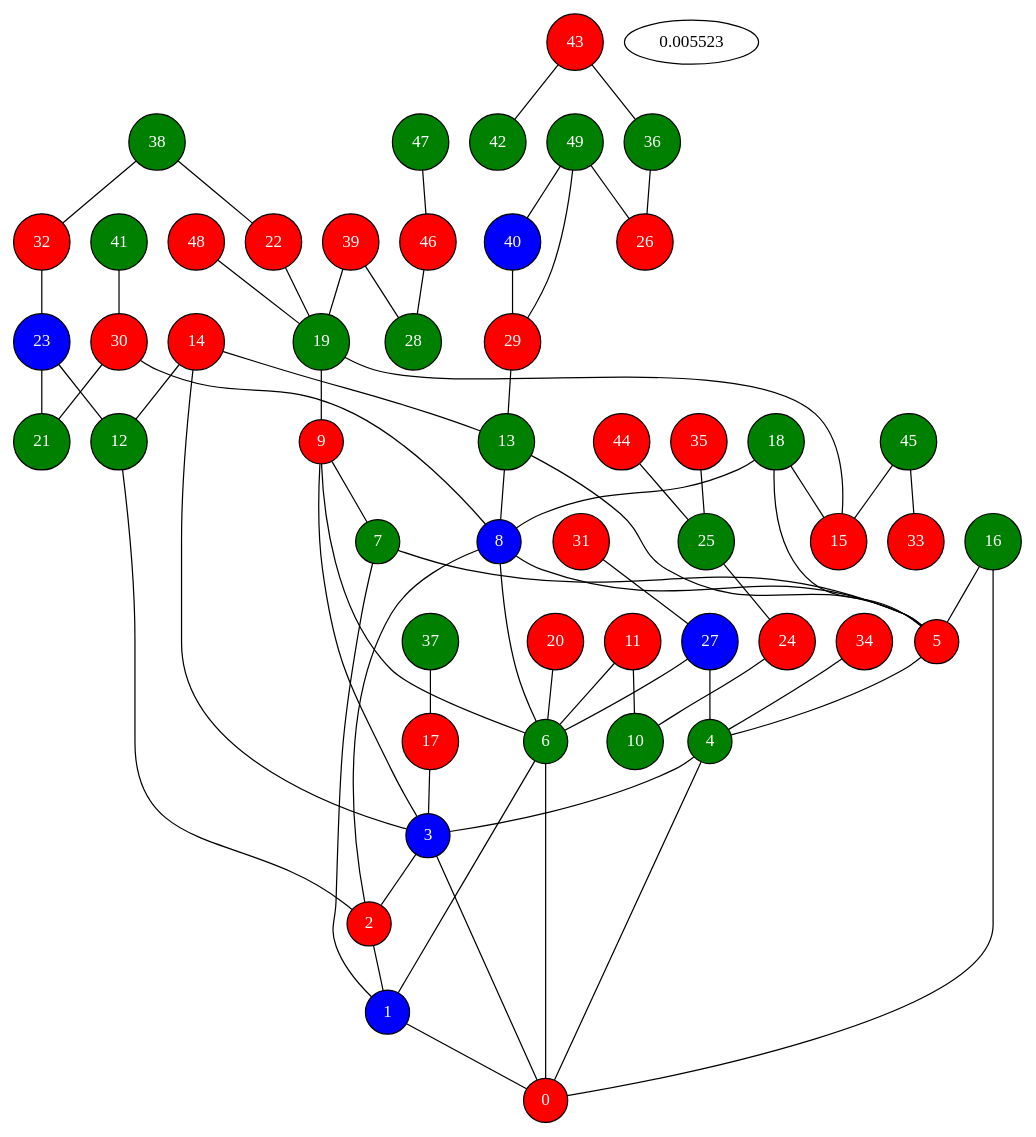
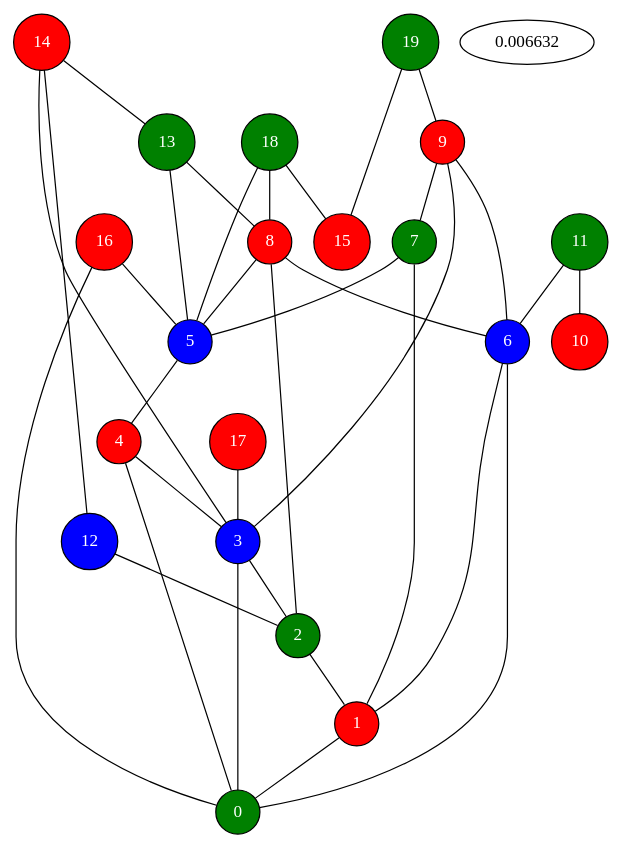
One commit to FelixOliver/Paralelos changed the diagram in coloringQT/build-ColoringGraph-Desktop_Qt_5_6_2_GCC_64bit-Debug/grafo.dot. Above: the diagram before and after it, drawn with Graphviz. The commit also changed 10 other files, not shown here.

```diff
--- a/coloringQT/build-ColoringGraph-Desktop_Qt_5_6_2_GCC_64bit-Debug/grafo.dot
+++ b/coloringQT/build-ColoringGraph-Desktop_Qt_5_6_2_GCC_64bit-Debug/grafo.dot
@@ -1,120 +1,56 @@
 strict graph A {
-0 [shape=circle,sides=4,distortion="0.0",orientation="0.0",skew ="0.0",fontcolor=white,style=filled,fillcolor=red] ;
-1 [shape=circle,sides=4,distortion="0.0",orientation="0.0",skew ="0.0",fontcolor=white,style=filled,fillcolor=blue] ;
-2 [shape=circle,sides=4,distortion="0.0",orientation="0.0",skew ="0.0",fontcolor=white,style=filled,fillcolor=red] ;
+0 [shape=circle,sides=4,distortion="0.0",orientation="0.0",skew ="0.0",fontcolor=white,style=filled,fillcolor=green] ;
+1 [shape=circle,sides=4,distortion="0.0",orientation="0.0",skew ="0.0",fontcolor=white,style=filled,fillcolor=red] ;
+2 [shape=circle,sides=4,distortion="0.0",orientation="0.0",skew ="0.0",fontcolor=white,style=filled,fillcolor=green] ;
 3 [shape=circle,sides=4,distortion="0.0",orientation="0.0",skew ="0.0",fontcolor=white,style=filled,fillcolor=blue] ;
-4 [shape=circle,sides=4,distortion="0.0",orientation="0.0",skew ="0.0",fontcolor=white,style=filled,fillcolor=green] ;
-5 [shape=circle,sides=4,distortion="0.0",orientation="0.0",skew ="0.0",fontcolor=white,style=filled,fillcolor=red] ;
-6 [shape=circle,sides=4,distortion="0.0",orientation="0.0",skew ="0.0",fontcolor=white,style=filled,fillcolor=green] ;
+4 [shape=circle,sides=4,distortion="0.0",orientation="0.0",skew ="0.0",fontcolor=white,style=filled,fillcolor=red] ;
+5 [shape=circle,sides=4,distortion="0.0",orientation="0.0",skew ="0.0",fontcolor=white,style=filled,fillcolor=blue] ;
+6 [shape=circle,sides=4,distortion="0.0",orientation="0.0",skew ="0.0",fontcolor=white,style=filled,fillcolor=blue] ;
 7 [shape=circle,sides=4,distortion="0.0",orientation="0.0",skew ="0.0",fontcolor=white,style=filled,fillcolor=green] ;
-8 [shape=circle,sides=4,distortion="0.0",orientation="0.0",skew ="0.0",fontcolor=white,style=filled,fillcolor=blue] ;
+8 [shape=circle,sides=4,distortion="0.0",orientation="0.0",skew ="0.0",fontcolor=white,style=filled,fillcolor=red] ;
 9 [shape=circle,sides=4,distortion="0.0",orientation="0.0",skew ="0.0",fontcolor=white,style=filled,fillcolor=red] ;
-10 [shape=circle,sides=4,distortion="0.0",orientation="0.0",skew ="0.0",fontcolor=white,style=filled,fillcolor=green] ;
-11 [shape=circle,sides=4,distortion="0.0",orientation="0.0",skew ="0.0",fontcolor=white,style=filled,fillcolor=red] ;
-12 [shape=circle,sides=4,distortion="0.0",orientation="0.0",skew ="0.0",fontcolor=white,style=filled,fillcolor=green] ;
+10 [shape=circle,sides=4,distortion="0.0",orientation="0.0",skew ="0.0",fontcolor=white,style=filled,fillcolor=red] ;
+11 [shape=circle,sides=4,distortion="0.0",orientation="0.0",skew ="0.0",fontcolor=white,style=filled,fillcolor=green] ;
+12 [shape=circle,sides=4,distortion="0.0",orientation="0.0",skew ="0.0",fontcolor=white,style=filled,fillcolor=blue] ;
 13 [shape=circle,sides=4,distortion="0.0",orientation="0.0",skew ="0.0",fontcolor=white,style=filled,fillcolor=green] ;
 14 [shape=circle,sides=4,distortion="0.0",orientation="0.0",skew ="0.0",fontcolor=white,style=filled,fillcolor=red] ;
 15 [shape=circle,sides=4,distortion="0.0",orientation="0.0",skew ="0.0",fontcolor=white,style=filled,fillcolor=red] ;
-16 [shape=circle,sides=4,distortion="0.0",orientation="0.0",skew ="0.0",fontcolor=white,style=filled,fillcolor=green] ;
+16 [shape=circle,sides=4,distortion="0.0",orientation="0.0",skew ="0.0",fontcolor=white,style=filled,fillcolor=red] ;
 17 [shape=circle,sides=4,distortion="0.0",orientation="0.0",skew ="0.0",fontcolor=white,style=filled,fillcolor=red] ;
 18 [shape=circle,sides=4,distortion="0.0",orientation="0.0",skew ="0.0",fontcolor=white,style=filled,fillcolor=green] ;
 19 [shape=circle,sides=4,distortion="0.0",orientation="0.0",skew ="0.0",fontcolor=white,style=filled,fillcolor=green] ;
-20 [shape=circle,sides=4,distortion="0.0",orientation="0.0",skew ="0.0",fontcolor=white,style=filled,fillcolor=red] ;
-21 [shape=circle,sides=4,distortion="0.0",orientation="0.0",skew ="0.0",fontcolor=white,style=filled,fillcolor=green] ;
-22 [shape=circle,sides=4,distortion="0.0",orientation="0.0",skew ="0.0",fontcolor=white,style=filled,fillcolor=red] ;
-23 [shape=circle,sides=4,distortion="0.0",orientation="0.0",skew ="0.0",fontcolor=white,style=filled,fillcolor=blue] ;
-24 [shape=circle,sides=4,distortion="0.0",orientation="0.0",skew ="0.0",fontcolor=white,style=filled,fillcolor=red] ;
-25 [shape=circle,sides=4,distortion="0.0",orientation="0.0",skew ="0.0",fontcolor=white,style=filled,fillcolor=green] ;
-26 [shape=circle,sides=4,distortion="0.0",orientation="0.0",skew ="0.0",fontcolor=white,style=filled,fillcolor=red] ;
-27 [shape=circle,sides=4,distortion="0.0",orientation="0.0",skew ="0.0",fontcolor=white,style=filled,fillcolor=blue] ;
-28 [shape=circle,sides=4,distortion="0.0",orientation="0.0",skew ="0.0",fontcolor=white,style=filled,fillcolor=green] ;
-29 [shape=circle,sides=4,distortion="0.0",orientation="0.0",skew ="0.0",fontcolor=white,style=filled,fillcolor=red] ;
-30 [shape=circle,sides=4,distortion="0.0",orientation="0.0",skew ="0.0",fontcolor=white,style=filled,fillcolor=red] ;
-31 [shape=circle,sides=4,distortion="0.0",orientation="0.0",skew ="0.0",fontcolor=white,style=filled,fillcolor=red] ;
-32 [shape=circle,sides=4,distortion="0.0",orientation="0.0",skew ="0.0",fontcolor=white,style=filled,fillcolor=red] ;
-33 [shape=circle,sides=4,distortion="0.0",orientation="0.0",skew ="0.0",fontcolor=white,style=filled,fillcolor=red] ;
-34 [shape=circle,sides=4,distortion="0.0",orientation="0.0",skew ="0.0",fontcolor=white,style=filled,fillcolor=red] ;
-35 [shape=circle,sides=4,distortion="0.0",orientation="0.0",skew ="0.0",fontcolor=white,style=filled,fillcolor=red] ;
-36 [shape=circle,sides=4,distortion="0.0",orientation="0.0",skew ="0.0",fontcolor=white,style=filled,fillcolor=green] ;
-37 [shape=circle,sides=4,distortion="0.0",orientation="0.0",skew ="0.0",fontcolor=white,style=filled,fillcolor=green] ;
-38 [shape=circle,sides=4,distortion="0.0",orientation="0.0",skew ="0.0",fontcolor=white,style=filled,fillcolor=green] ;
-39 [shape=circle,sides=4,distortion="0.0",orientation="0.0",skew ="0.0",fontcolor=white,style=filled,fillcolor=red] ;
-40 [shape=circle,sides=4,distortion="0.0",orientation="0.0",skew ="0.0",fontcolor=white,style=filled,fillcolor=blue] ;
-41 [shape=circle,sides=4,distortion="0.0",orientation="0.0",skew ="0.0",fontcolor=white,style=filled,fillcolor=green] ;
-42 [shape=circle,sides=4,distortion="0.0",orientation="0.0",skew ="0.0",fontcolor=white,style=filled,fillcolor=green] ;
-43 [shape=circle,sides=4,distortion="0.0",orientation="0.0",skew ="0.0",fontcolor=white,style=filled,fillcolor=red] ;
-44 [shape=circle,sides=4,distortion="0.0",orientation="0.0",skew ="0.0",fontcolor=white,style=filled,fillcolor=red] ;
-45 [shape=circle,sides=4,distortion="0.0",orientation="0.0",skew ="0.0",fontcolor=white,style=filled,fillcolor=green] ;
-46 [shape=circle,sides=4,distortion="0.0",orientation="0.0",skew ="0.0",fontcolor=white,style=filled,fillcolor=red] ;
-47 [shape=circle,sides=4,distortion="0.0",orientation="0.0",skew ="0.0",fontcolor=white,style=filled,fillcolor=green] ;
-48 [shape=circle,sides=4,distortion="0.0",orientation="0.0",skew ="0.0",fontcolor=white,style=filled,fillcolor=red] ;
-49 [shape=circle,sides=4,distortion="0.0",orientation="0.0",skew ="0.0",fontcolor=white,style=filled,fillcolor=green] ;
 1--0;
 2--1;
 3--0;
 3--2;
 4--0;
 4--3;
 5--4;
 6--0;
 6--1;
 7--1;
 7--5;
 8--2;
 8--5;
 8--6;
 9--3;
 9--6;
 9--7;
 11--6;
 11--10;
 12--2;
 13--5;
 13--8;
 14--3;
 14--12;
 14--13;
 16--0;
 16--5;
 17--3;
 18--5;
 18--8;
 18--15;
 19--9;
 19--15;
-20--6;
-22--19;
-23--12;
-23--21;
-24--10;
-25--24;
-27--4;
-27--6;
-29--13;
-30--8;
-30--21;
-31--27;
-32--23;
-34--4;
-35--25;
-36--26;
-37--17;
-38--22;
-38--32;
-39--19;
-39--28;
-40--29;
-41--30;
-43--36;
-43--42;
-44--25;
-45--15;
-45--33;
-46--28;
-47--46;
-48--19;
-49--26;
-49--29;
-49--40;
-0.005523
+0.006632
 }
```
